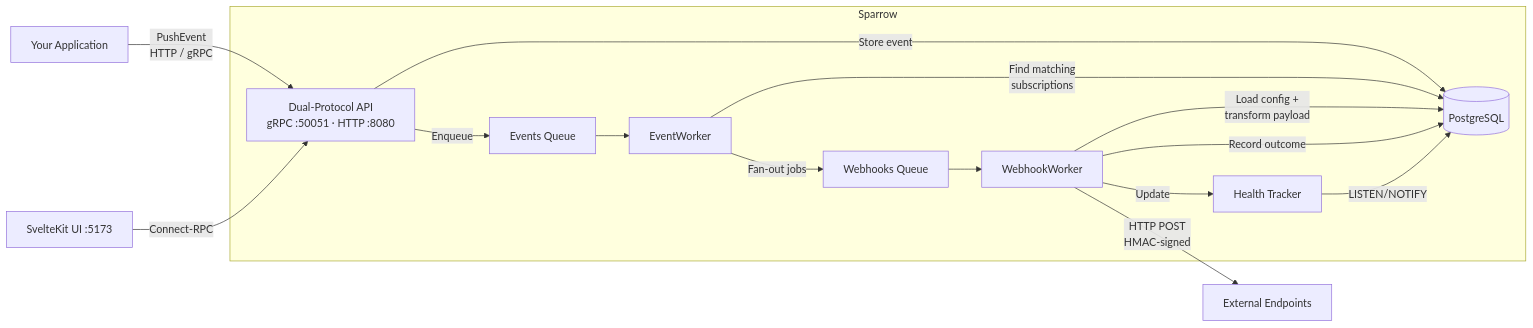
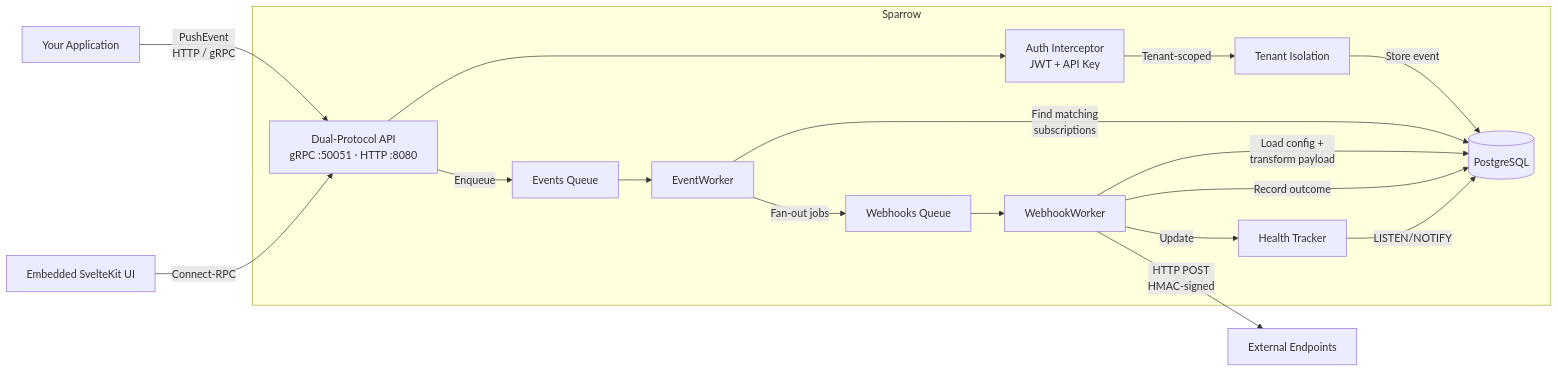
Before and after one commit to sarathsp06/sparrow: the first of 7 diagrams in TECHNICAL.md, drawn with Mermaid. The commit also changed other lines of this file and 61 other files, not shown here.

````diff
--- a/TECHNICAL.md
+++ b/TECHNICAL.md
@@ -13,28 +9,32 @@
 ```mermaid
 graph LR
     App[Your Application] -->|PushEvent<br>HTTP / gRPC| API
 
     subgraph Sparrow
         API[Dual-Protocol API<br>gRPC :50051 · HTTP :8080]
+        Auth[Auth Interceptor<br>JWT + API Key]
         DB[(PostgreSQL)]
         EQ[Events Queue]
         WQ[Webhooks Queue]
         EW[EventWorker]
         WW[WebhookWorker]
         Health[Health Tracker]
+        Tenants[Tenant Isolation]
 
-        API -->|Store event| DB
+        API --> Auth
+        Auth -->|Tenant-scoped| Tenants
+        Tenants -->|Store event| DB
         API -->|Enqueue| EQ
         EQ --> EW
         EW -->|Find matching<br>subscriptions| DB
         EW -->|Fan-out jobs| WQ
         WQ --> WW
         WW -->|Load config +<br>transform payload| DB
         WW -->|Record outcome| DB
         WW -->|Update| Health
         Health -->|LISTEN/NOTIFY| DB
     end
 
     WW -->|HTTP POST<br>HMAC-signed| Endpoint[External Endpoints]
-    UI[SvelteKit UI :5173] -->|Connect-RPC| API
+    UI[Embedded SvelteKit UI] -->|Connect-RPC| API
 ```
````
